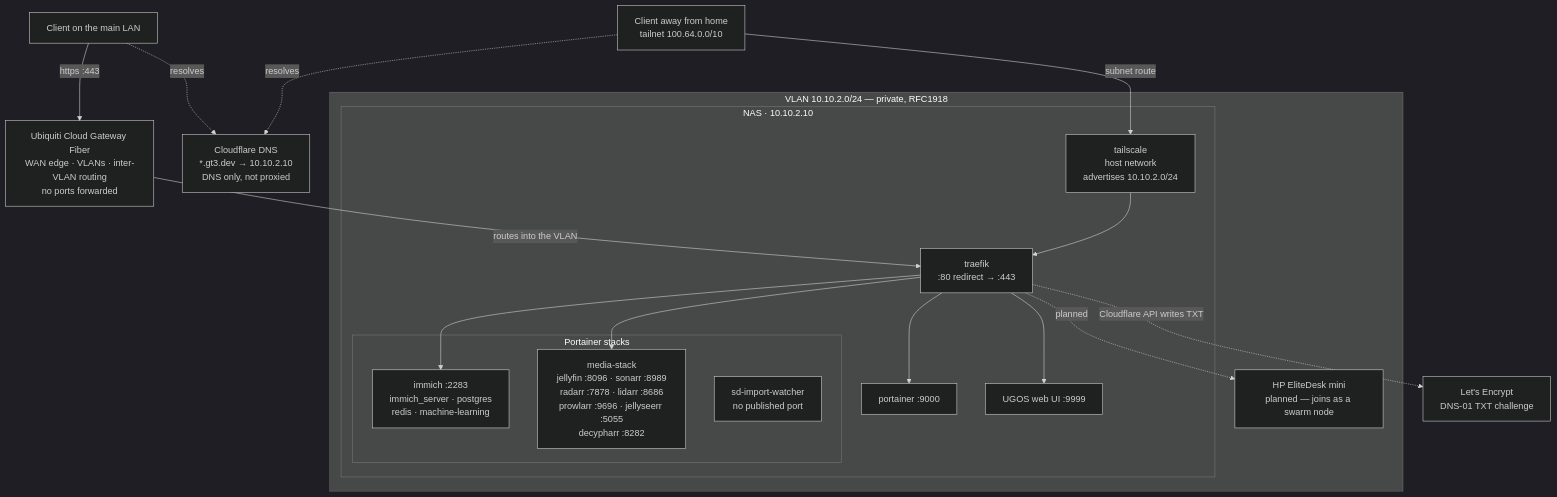
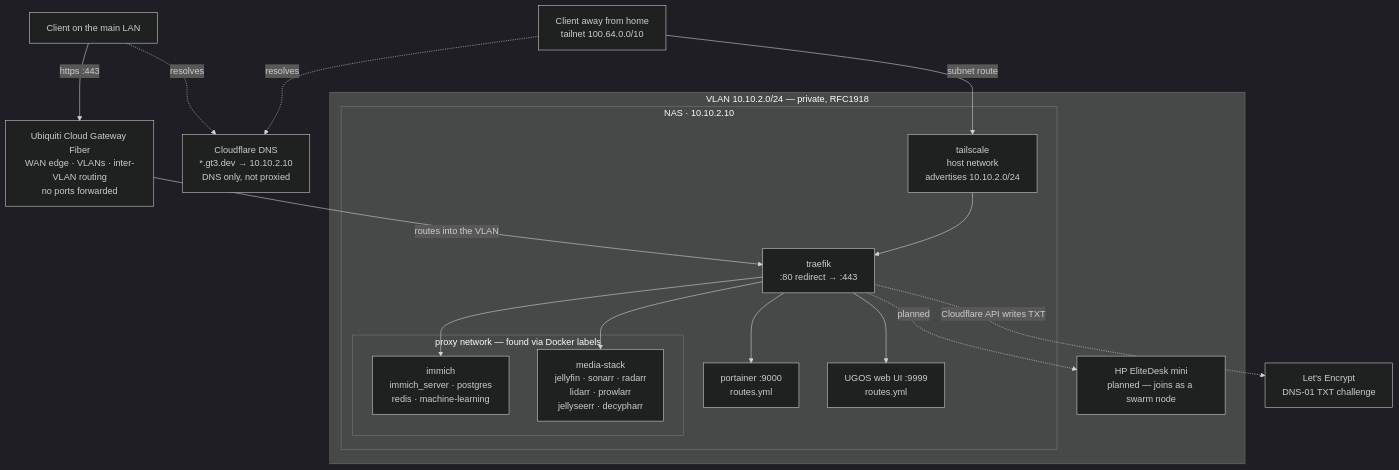
The diagram in README.md (mhallo/homelab), drawn with Mermaid (dark theme) before and after one commit. The commit also changed other lines of this file and 1 other file, not shown here.

Commit message:
remove sd card watcher, update readme

````diff
--- a/README.md
+++ b/README.md
@@ -39,42 +38,41 @@
 ```mermaid
 flowchart TB
     CF["Cloudflare DNS<br>*.gt3.dev → 10.10.2.10<br>DNS only, not proxied"]
     LE["Let's Encrypt<br>DNS-01 TXT challenge"]
 
     AWAY["Client away from home<br>tailnet 100.64.0.0/10"]
     HOME["Client on the main LAN"]
 
     UCG["Ubiquiti Cloud Gateway Fiber<br>WAN edge · VLANs · inter-VLAN routing<br>no ports forwarded"]
 
     HOME -. "resolves" .-> CF
     AWAY -. "resolves" .-> CF
     HOME -- "https :443" --> UCG
     UCG -- "routes into the VLAN" --> TRAEFIK
 
     subgraph VLAN["VLAN 10.10.2.0/24 — private, RFC1918"]
         subgraph NAS["NAS · 10.10.2.10"]
             TSC["tailscale<br>host network<br>advertises 10.10.2.0/24"]
             TRAEFIK["traefik<br>:80 redirect → :443"]
-            PORT["portainer :9000"]
-            UGOS["UGOS web UI :9999"]
+            PORT["portainer :9000<br>routes.yml"]
+            UGOS["UGOS web UI :9999<br>routes.yml"]
 
-            subgraph STACKS["Portainer stacks"]
-                IMM["immich :2283<br>immich_server · postgres<br>redis · machine-learning"]
-                MED["media-stack<br>jellyfin :8096 · sonarr :8989<br>radarr :7878 · lidarr :8686<br>prowlarr :9696 · jellyseerr :5055<br>decypharr :8282"]
-                SD["sd-import-watcher<br>no published port"]
+            subgraph STACKS["proxy network — found via Docker labels"]
+                IMM["immich<br>immich_server · postgres<br>redis · machine-learning"]
+                MED["media-stack<br>jellyfin · sonarr · radarr<br>lidarr · prowlarr<br>jellyseerr · decypharr"]
             end
         end
 
         HP["HP EliteDesk mini<br>planned — joins as a swarm node"]
     end
 
     AWAY -- "subnet route" --> TSC
     TSC --> TRAEFIK
 
     TRAEFIK --> IMM
     TRAEFIK --> MED
     TRAEFIK --> PORT
     TRAEFIK --> UGOS
     TRAEFIK -. "planned" .-> HP
     TRAEFIK -. "Cloudflare API writes TXT" .-> LE
 ```
````
